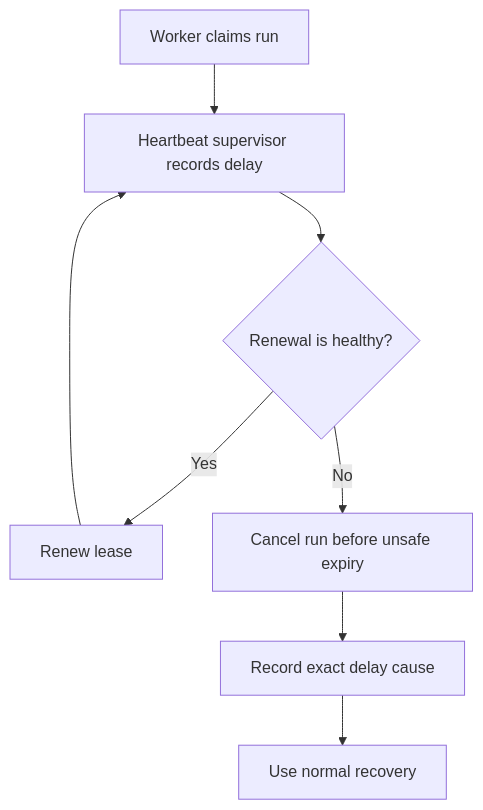
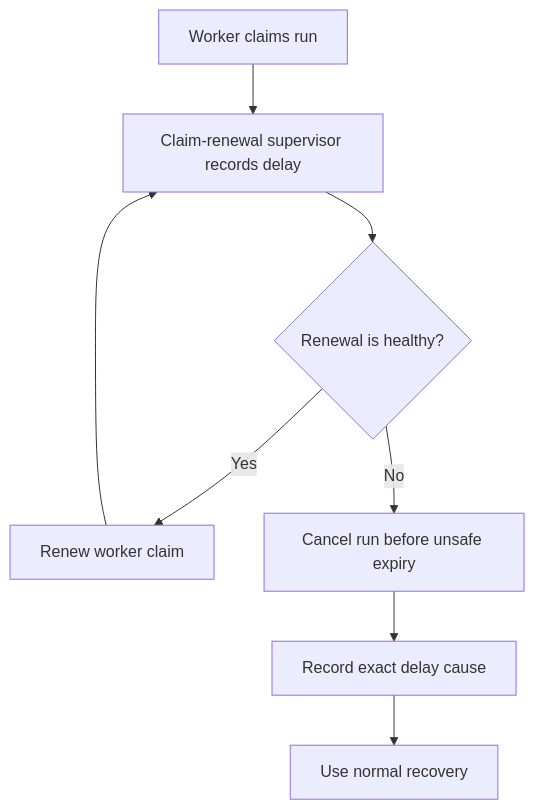
Before and after one commit to kpsuperplane/Noema: diagram 12 of 29 in docs/superpowers/plans/2026-08-08-noema-practical-reliability-roadmap.md, drawn with Mermaid. The commit also changed other lines of this file, not shown here.

Commit message:
docs: make plain code the first roadmap phase

````diff
--- a/docs/superpowers/plans/2026-08-08-noema-practical-reliability-roadmap.md
+++ b/docs/superpowers/plans/2026-08-08-noema-practical-reliability-roadmap.md
@@ -391,14 +809,14 @@
 ```mermaid
 flowchart TD
     A["Worker claims run"]
-    B["Heartbeat supervisor records delay"]
+    B["Claim-renewal supervisor records delay"]
     C{"Renewal is healthy?"}
-    D["Renew lease"]
+    D["Renew worker claim"]
     E["Cancel run before unsafe expiry"]
     F["Record exact delay cause"]
     G["Use normal recovery"]
 
     A --> B --> C
     C -->|Yes| D --> B
     C -->|No| E --> F --> G
 ```
````
